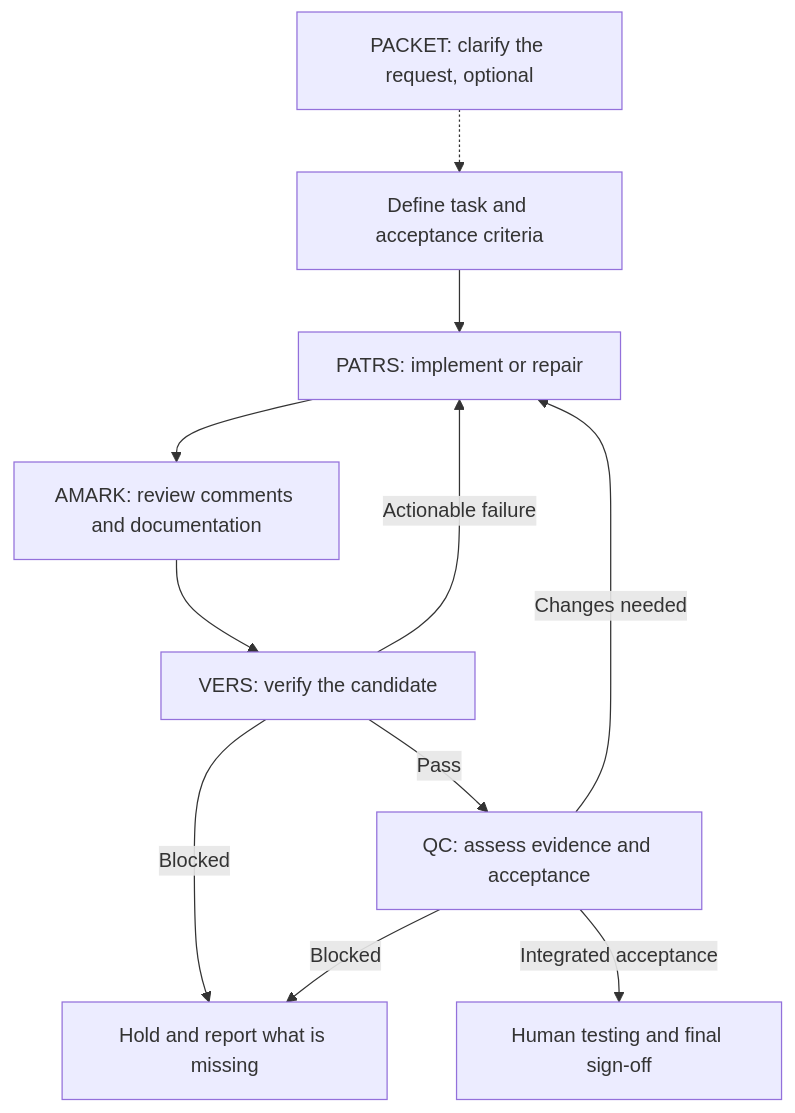
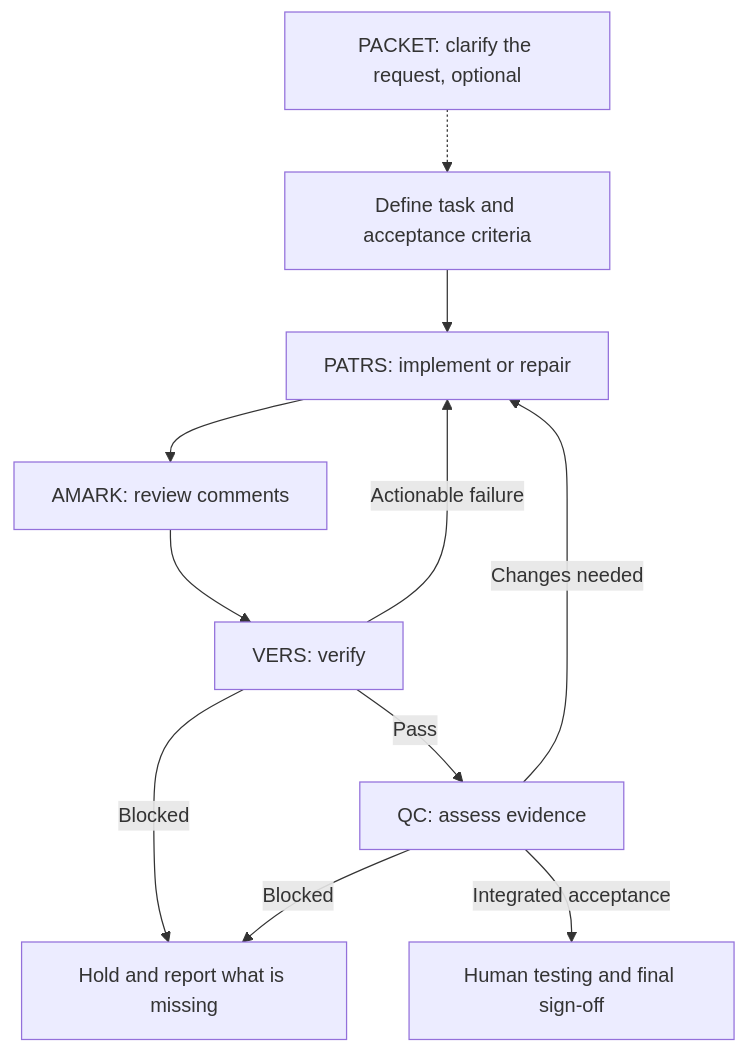
One commit to SampleBias/skillz_library changed the diagram in README.md. Above: the diagram before and after it, drawn with Mermaid. The commit also changed other lines of this file and 17 other files, not shown here.

````diff
--- a/README.md
+++ b/README.md
@@ -20,13 +26,13 @@
 ```mermaid
 flowchart TD
     A[Define task and acceptance criteria] --> B[PATRS: implement or repair]
-    B --> C[AMARK: review comments and documentation]
-    C --> D[VERS: verify the candidate]
-    D -->|Pass| E[QC: assess evidence and acceptance]
+    B --> C[AMARK: review comments]
+    C --> D[VERS: verify]
+    D -->|Pass| E[QC: assess evidence]
     D -->|Actionable failure| B
     E -->|Changes needed| B
     D -->|Blocked| F[Hold and report what is missing]
     E -->|Blocked| F
     E -->|Integrated acceptance| G[Human testing and final sign-off]
     P[PACKET: clarify the request, optional] -.-> A
 ```
````
